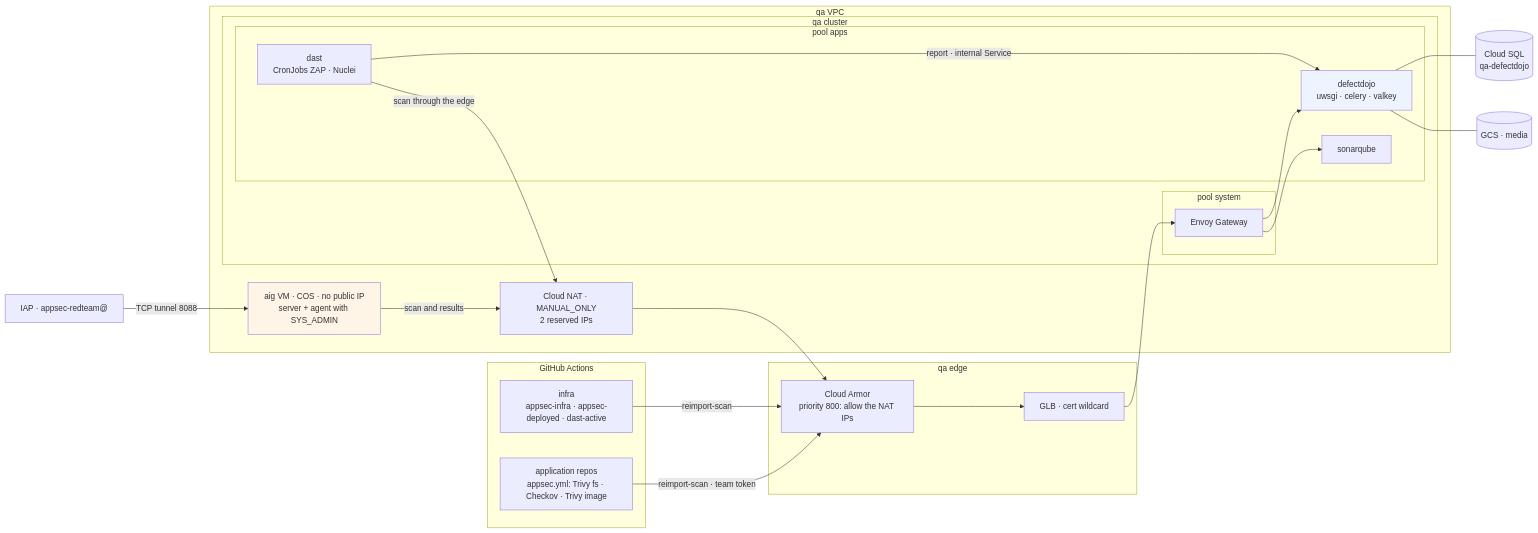
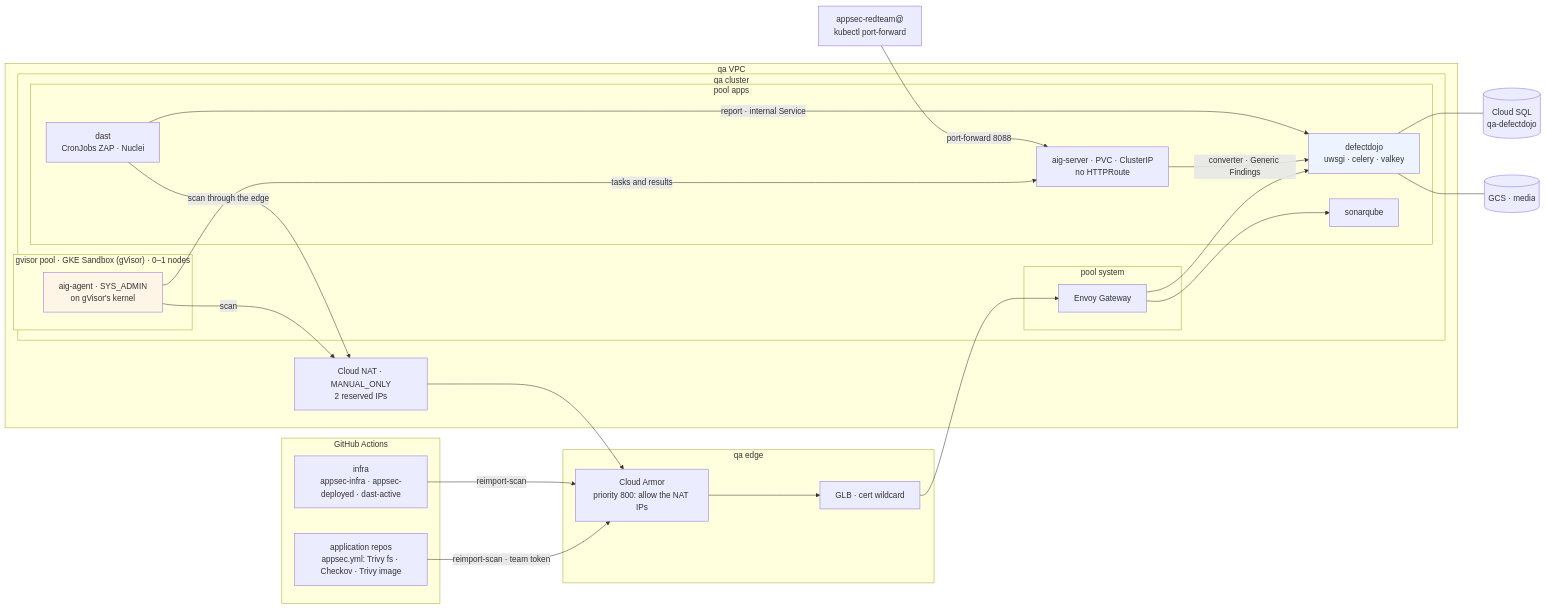
One commit to aescanero/proposal_documents changed the diagram in docs/en/proposals/appsec-qa/diagrams/02-despliegue.mmd. Above: the diagram before and after it, drawn with Mermaid. The commit also changed 23 other files, not shown here.

```diff
--- a/docs/en/proposals/appsec-qa/diagrams/02-despliegue.mmd
+++ b/docs/en/proposals/appsec-qa/diagrams/02-despliegue.mmd
@@ -1,41 +1,46 @@
 flowchart LR
     subgraph GH["GitHub Actions"]
         APPS["application repos<br/>appsec.yml: Trivy fs · Checkov · Trivy image"]
         INFRA["infra<br/>appsec-infra · appsec-deployed · dast-active"]
     end
     subgraph EDGE["qa edge"]
         CA["Cloud Armor<br/>priority 800: allow the NAT IPs"]
         GLB["GLB · cert wildcard"]
     end
     subgraph VPC["qa VPC"]
         subgraph GKE["qa cluster"]
             subgraph SYS["pool system"]
                 ENV["Envoy Gateway"]
             end
             subgraph APPSPOOL["pool apps"]
                 DD["defectdojo<br/>uwsgi · celery · valkey"]
                 DAST["dast<br/>CronJobs ZAP · Nuclei"]
                 SONAR["sonarqube"]
+                AIGS["aig-server · PVC · ClusterIP<br/>no HTTPRoute"]
+            end
+            subgraph SBX["gvisor pool · GKE Sandbox (gVisor) · 0–1 nodes"]
+                AIGA["aig-agent · SYS_ADMIN<br/>on gVisor's kernel"]
             end
         end
         NAT["Cloud NAT · MANUAL_ONLY<br/>2 reserved IPs"]
-        VM["aig VM · COS · no public IP<br/>server + agent with SYS_ADMIN"]
     end
     SQL[("Cloud SQL<br/>qa-defectdojo")]
     GCS[("GCS · media")]
-    IAP["IAP · appsec-redteam@"]
+    RT["appsec-redteam@<br/>kubectl port-forward"]
     APPS -- "reimport-scan · team token" --> CA
     INFRA -- "reimport-scan" --> CA
     CA --> GLB --> ENV
     ENV --> DD
     ENV --> SONAR
     DAST -- "scan through the edge" --> NAT
-    VM -- "scan and results" --> NAT
+    AIGA -- "scan" --> NAT
+    AIGA -- "tasks and results" --> AIGS
+    AIGS -- "converter · Generic Findings" --> DD
     NAT --> CA
     DAST -- "report · internal Service" --> DD
-    IAP -- "TCP tunnel 8088" --> VM
+    RT -- "port-forward 8088" --> AIGS
     DD --- SQL
     DD --- GCS
 
-    style VM fill:#fff5e6
+    style AIGA fill:#fff5e6
     style DD fill:#eef4ff
```
